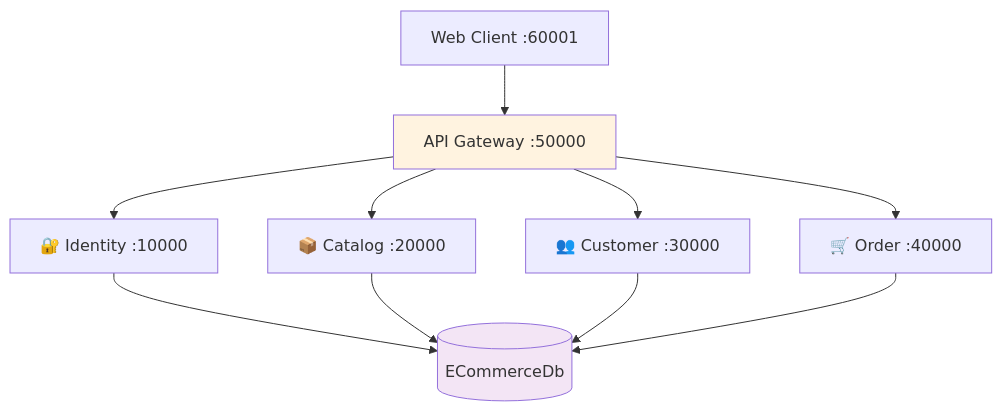
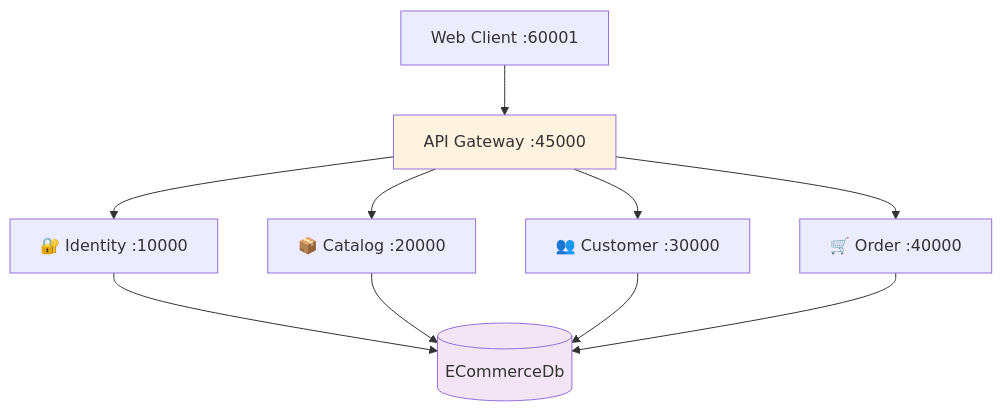
The first of 5 diagrams in DOCS_README.md (MiltonMolloja/ECommerceMicroserviceArchitecture), drawn with Mermaid before and after one commit. The commit also changed 6 other files, not shown here.

Commit message:
UpDate API Gateway

````diff
--- a/DOCS_README.md
+++ b/DOCS_README.md
@@ -75,16 +75,16 @@
 ```mermaid
 graph TB
-    WC[Web Client :60001] --> GW[API Gateway :50000]
+    WC[Web Client :60001] --> GW[API Gateway :45000]
     GW --> I[🔐 Identity :10000]
     GW --> C[📦 Catalog :20000]
     GW --> CU[👥 Customer :30000]
     GW --> O[🛒 Order :40000]
     
     I --> DB[(ECommerceDb)]
     C --> DB
     CU --> DB
     O --> DB
     
     style GW fill:#fff3e0
     style DB fill:#f3e5f5
 ```
````
